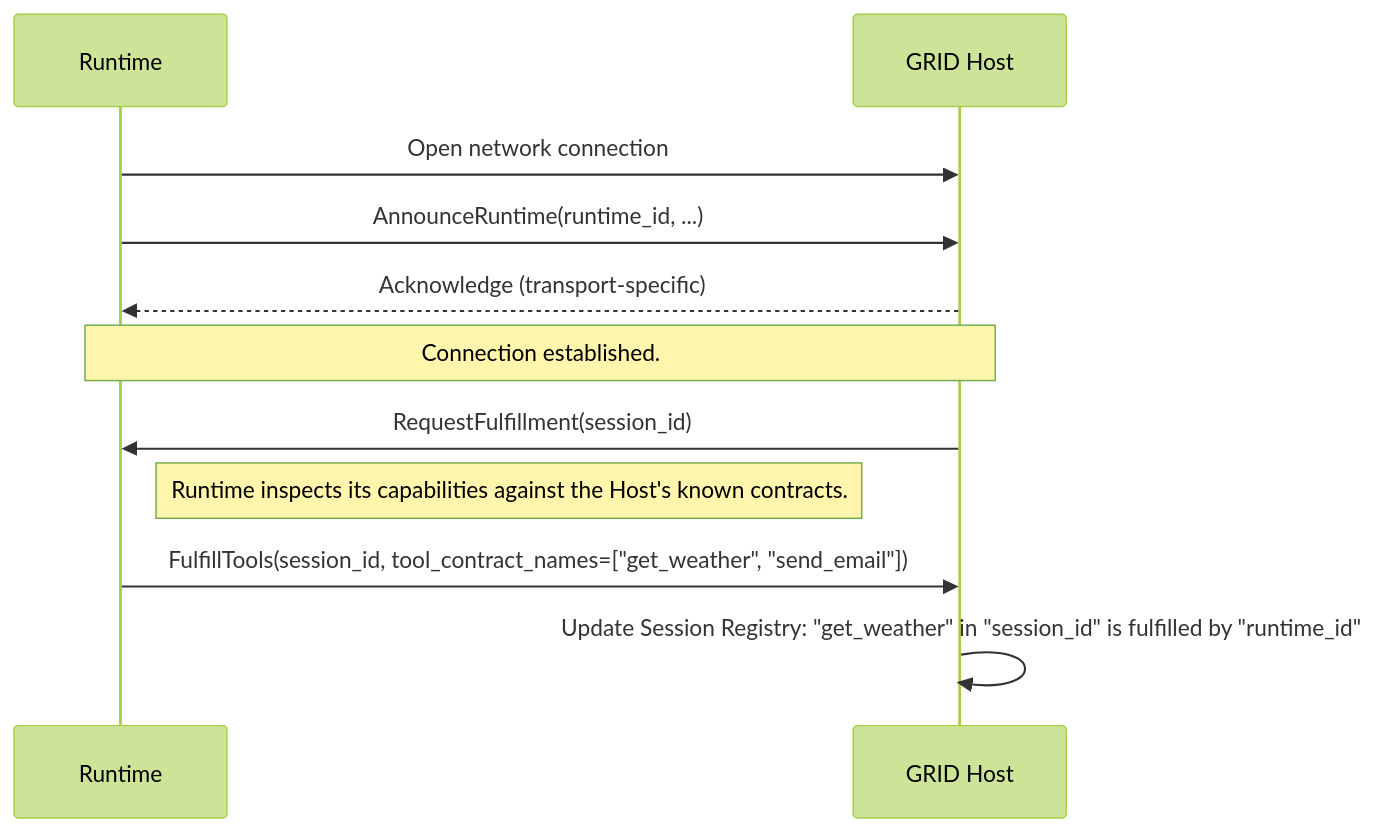
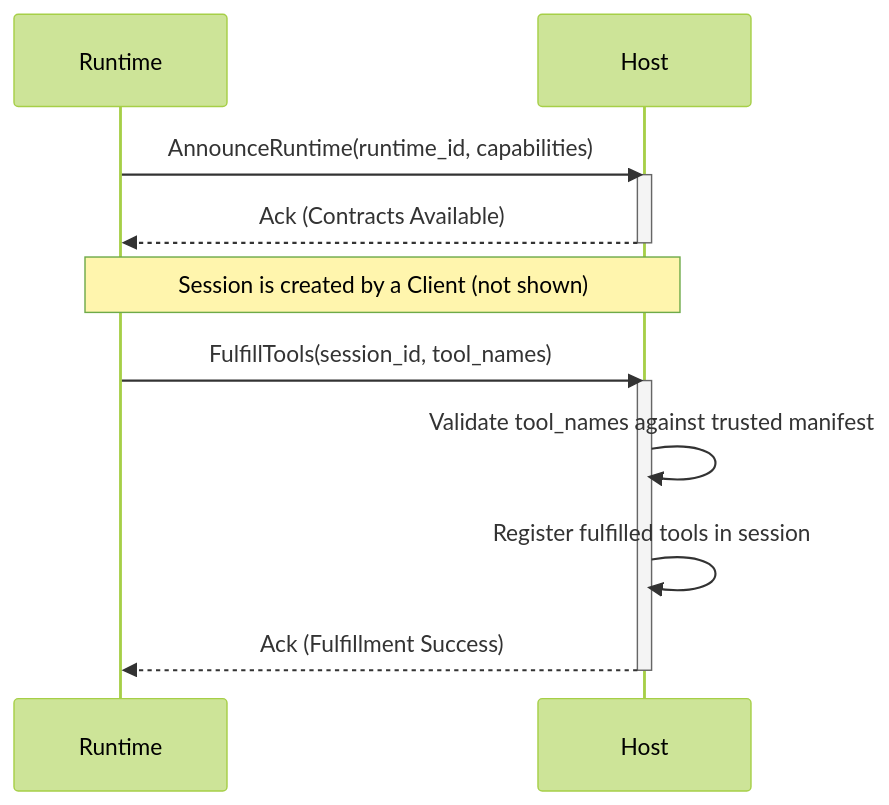
The third of 4 diagrams in specs/03-grid-protocol/README.md (nshkrdotcom/ALTAR), drawn with Mermaid (forest theme) before and after one commit. The commit also changed other lines of this file, not shown here.

First line of the commit message:
Synthesizes historical design documents into the formal GRID v1.0 specification.

````diff
--- a/specs/03-grid-protocol/README.md
+++ b/specs/03-grid-protocol/README.md
@@ -198,16 +224,19 @@
 ```mermaid
 sequenceDiagram
     participant RT as Runtime
-    participant Host as GRID Host
-    
-    RT->>Host: Open network connection
-    RT->>Host: AnnounceRuntime(runtime_id, ...)
-    Host-->>RT: Acknowledge (transport-specific)
-    
-    Note over Host,RT: Connection established.
-    
-    Host->>RT: RequestFulfillment(session_id)
-    Note right of RT: Runtime inspects its capabilities against the Host's known contracts.
-    RT->>Host: FulfillTools(session_id, tool_contract_names=["get_weather", "send_email"])
-    Host->>Host: Update Session Registry: "get_weather" in "session_id" is fulfilled by "runtime_id"
+    participant H as Host
+
+    RT->>H: AnnounceRuntime(runtime_id, capabilities)
+    activate H
+    H-->>RT: Ack (Contracts Available)
+    deactivate H
+
+    Note over RT, H: Session is created by a Client (not shown)
+
+    RT->>H: FulfillTools(session_id, tool_names)
+    activate H
+    H->>H: Validate tool_names against trusted manifest
+    H->>H: Register fulfilled tools in session
+    H-->>RT: Ack (Fulfillment Success)
+    deactivate H
 ```
````
